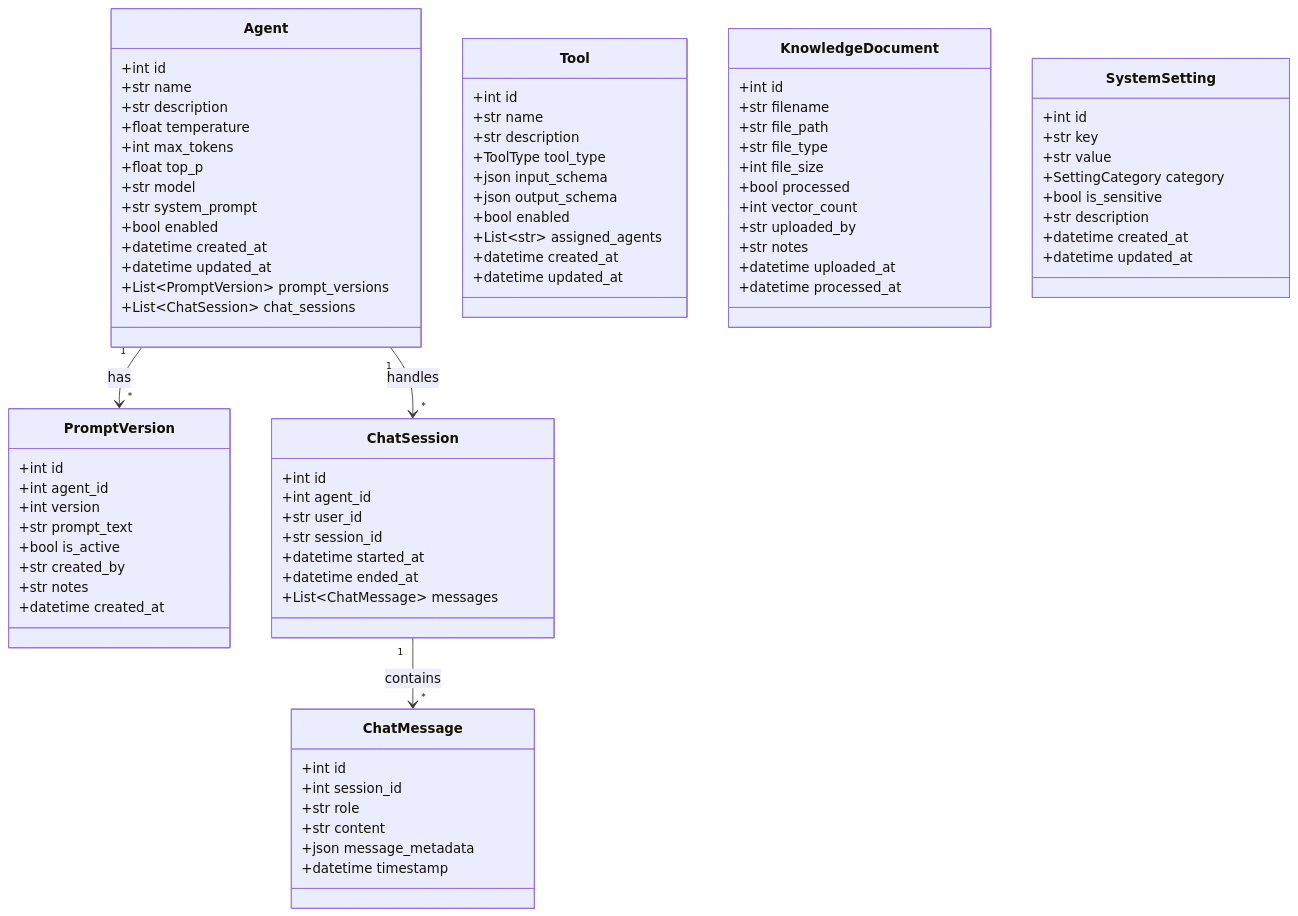
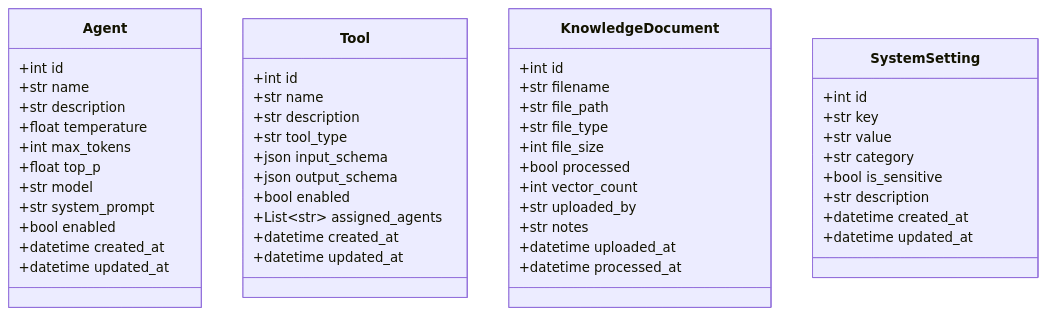
Diagram 18 of 19 in docs-references/documentation/SDD/AI_AGENT_SERVICE_SDD.md (espresso23/Petties-Veterinary-Appointment-Booking-Platform), drawn with Mermaid before and after one commit. The commit also changed other lines of this file and 25 other files, not shown here.

````diff
--- a/docs-references/documentation/SDD/AI_AGENT_SERVICE_SDD.md
+++ b/docs-references/documentation/SDD/AI_AGENT_SERVICE_SDD.md
@@ -1653,51 +1640,19 @@
         +bool enabled
         +datetime created_at
         +datetime updated_at
-        +List~PromptVersion~ prompt_versions
-        +List~ChatSession~ chat_sessions
     }
 
     class Tool {
         +int id
         +str name
         +str description
-        +ToolType tool_type
+      +str tool_type
         +json input_schema
         +json output_schema
         +bool enabled
         +List~str~ assigned_agents
         +datetime created_at
         +datetime updated_at
-    }
-
-    class PromptVersion {
-        +int id
-        +int agent_id
-        +int version
-        +str prompt_text
-        +bool is_active
-        +str created_by
-        +str notes
-        +datetime created_at
-    }
-
-    class ChatSession {
-        +int id
-        +int agent_id
-        +str user_id
-        +str session_id
-        +datetime started_at
-        +datetime ended_at
-        +List~ChatMessage~ messages
-    }
-
-    class ChatMessage {
-        +int id
-        +int session_id
-        +str role
-        +str content
-        +json message_metadata
-        +datetime timestamp
     }
 
     class KnowledgeDocument {
@@ -1718,14 +1673,10 @@
         +int id
         +str key
         +str value
-        +SettingCategory category
+      +str category
         +bool is_sensitive
         +str description
         +datetime created_at
         +datetime updated_at
     }
-
-    Agent "1" --> "*" PromptVersion : has
-    Agent "1" --> "*" ChatSession : handles
-    ChatSession "1" --> "*" ChatMessage : contains
 ```
````
